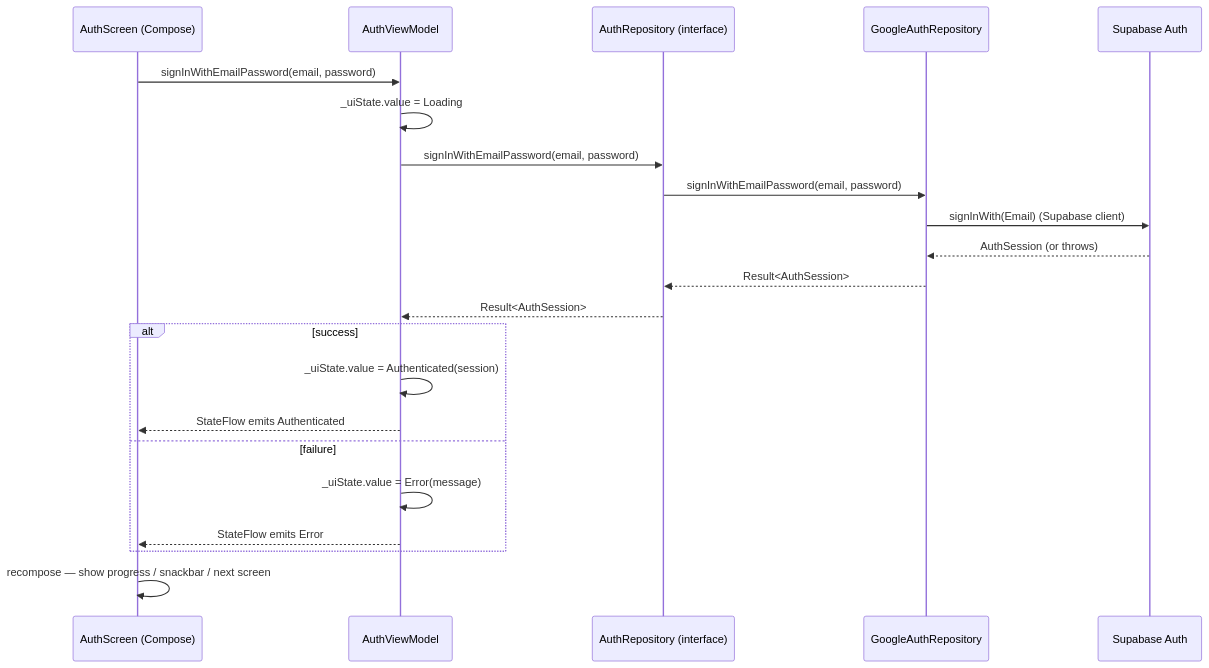
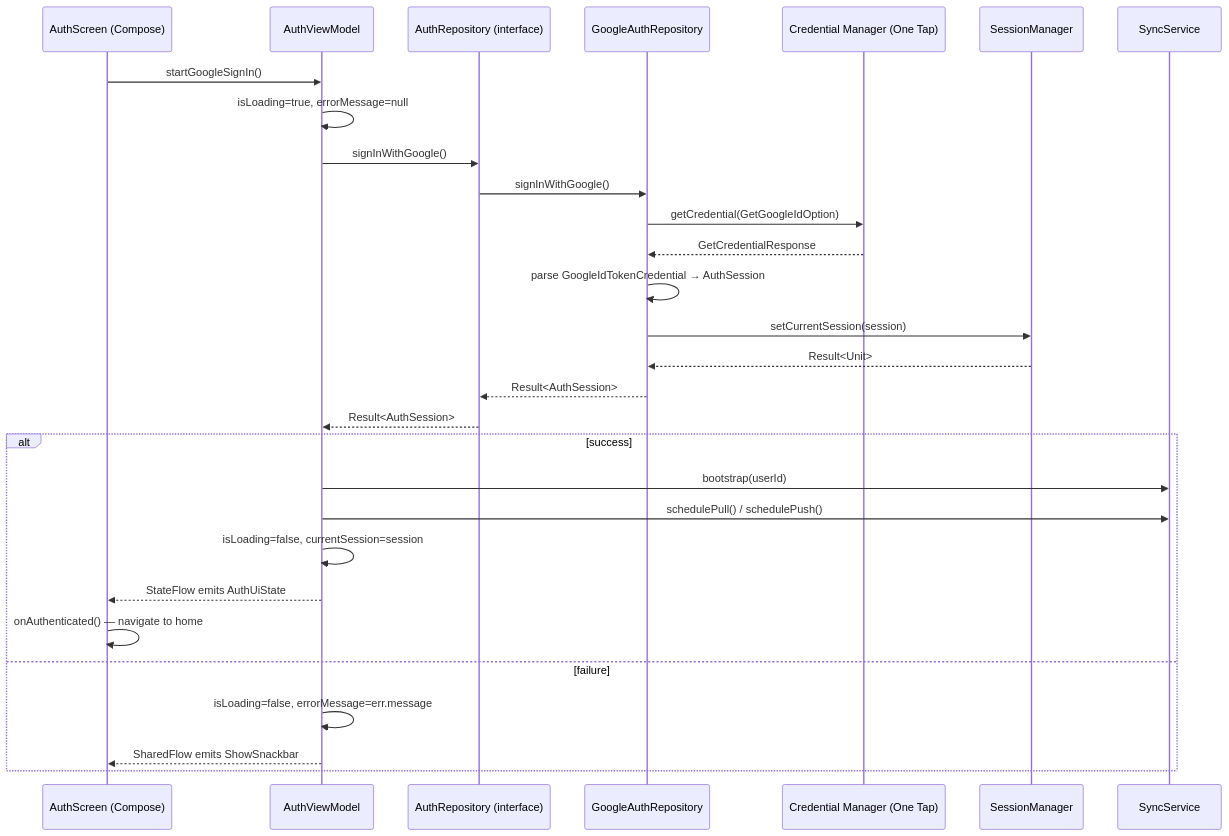
The first of 2 diagrams in android/docs/architecture/data-flow.md (JuanCamacho198/NEXTPAGE), drawn with Mermaid before and after one commit. The commit also changed other lines of this file, not shown here.

First line of the commit message:
docs(architecture): fix data-flow.md drift — trace real Google One Tap path

````diff
--- a/android/docs/architecture/data-flow.md
+++ b/android/docs/architecture/data-flow.md
@@ -19,25 +17,32 @@
 ```mermaid
 sequenceDiagram
     participant UI as AuthScreen (Compose)
     participant VM as AuthViewModel
     participant Repo as AuthRepository (interface)
     participant Impl as GoogleAuthRepository
-    participant SB as Supabase Auth
+    participant CM as Credential Manager (One Tap)
+    participant SM as SessionManager
+    participant Sync as SyncService
 
-    UI->>VM: signInWithEmailPassword(email, password)
-    VM->>VM: _uiState.value = Loading
-    VM->>Repo: signInWithEmailPassword(email, password)
-    Repo->>Impl: signInWithEmailPassword(email, password)
-    Impl->>SB: signInWith(Email) (Supabase client)
-    SB-->>Impl: AuthSession (or throws)
+    UI->>VM: startGoogleSignIn()
+    VM->>VM: isLoading=true, errorMessage=null
+    VM->>Repo: signInWithGoogle()
+    Repo->>Impl: signInWithGoogle()
+    Impl->>CM: getCredential(GetGoogleIdOption)
+    CM-->>Impl: GetCredentialResponse
+    Impl->>Impl: parse GoogleIdTokenCredential → AuthSession
+    Impl->>SM: setCurrentSession(session)
+    SM-->>Impl: Result<Unit>
     Impl-->>Repo: Result<AuthSession>
     Repo-->>VM: Result<AuthSession>
     alt success
-        VM->>VM: _uiState.value = Authenticated(session)
-        VM-->>UI: StateFlow emits Authenticated
+        VM->>Sync: bootstrap(userId)
+        VM->>Sync: schedulePull() / schedulePush()
+        VM->>VM: isLoading=false, currentSession=session
+        VM-->>UI: StateFlow emits AuthUiState
+        UI->>UI: onAuthenticated() — navigate to home
     else failure
-        VM->>VM: _uiState.value = Error(message)
-        VM-->>UI: StateFlow emits Error
+        VM->>VM: isLoading=false, errorMessage=err.message
+        VM-->>UI: SharedFlow emits ShowSnackbar
     end
-    UI->>UI: recompose — show progress / snackbar / next screen
 ```
````
